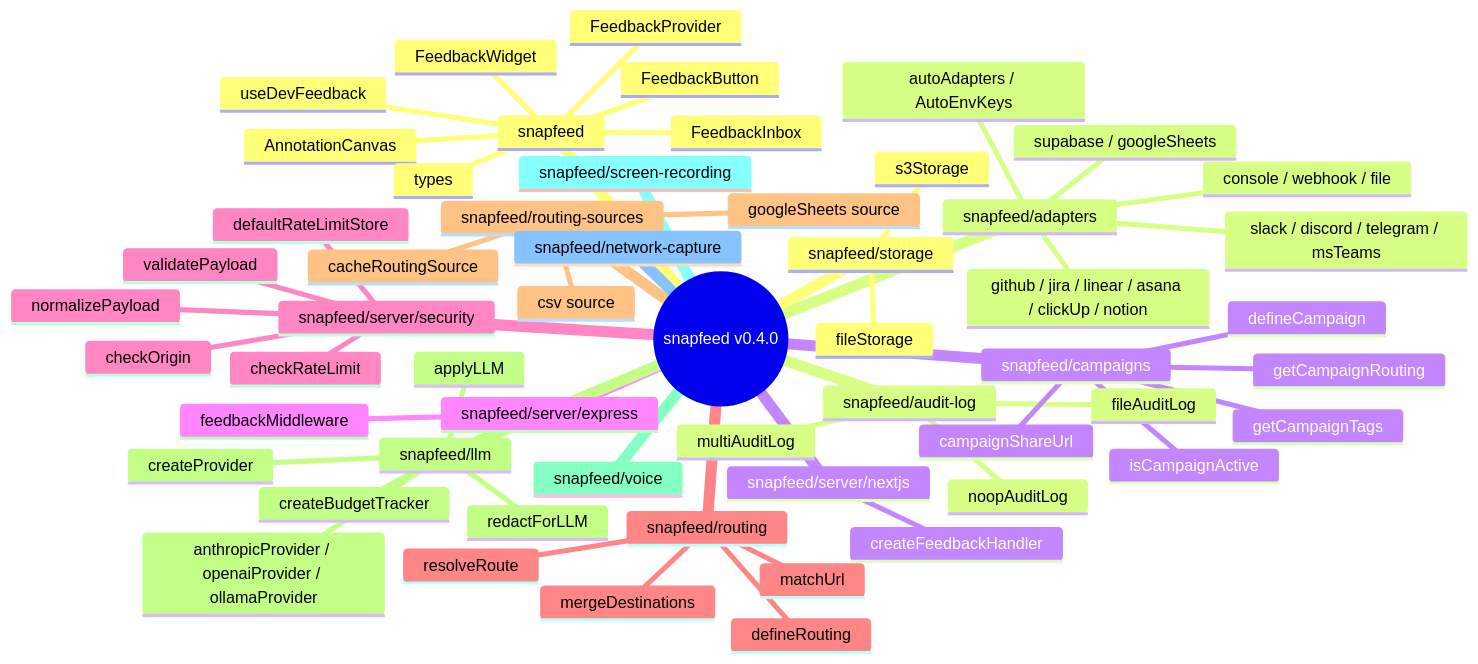
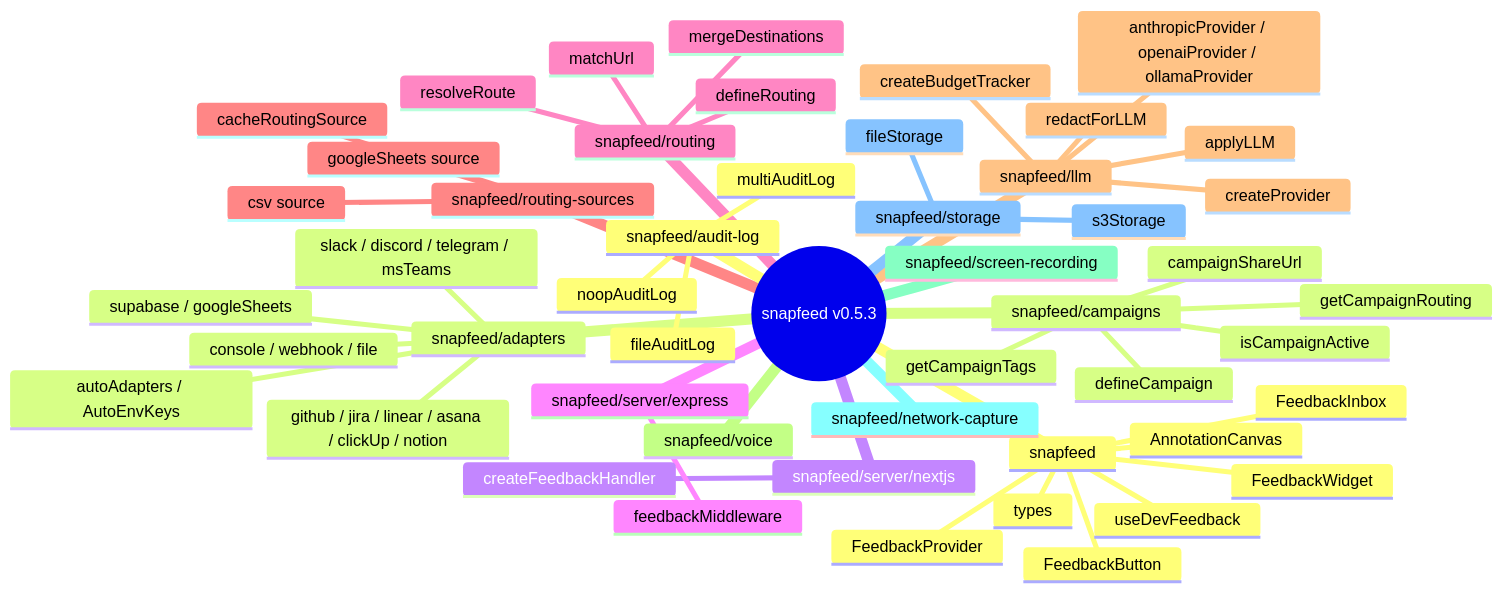
Before and after one commit to shimoverse/snapfeed: diagram 16 of 20 in docs/ARCHITECTURE.md, drawn with Mermaid. The commit also changed other lines of this file and 44 other files, not shown here.

````diff
--- a/docs/ARCHITECTURE.md
+++ b/docs/ARCHITECTURE.md
@@ -913,59 +913,53 @@
 ```mermaid
 mindmap
-  root((snapfeed v0.4.0))
+  root((snapfeed v0.5.3))
     snapfeed
       FeedbackProvider
       FeedbackWidget
       FeedbackButton
       FeedbackInbox
       AnnotationCanvas
       useDevFeedback
       types
     snapfeed/adapters
       console / webhook / file
       slack / discord / telegram / msTeams
       github / jira / linear / asana / clickUp / notion
       supabase / googleSheets
       autoAdapters / AutoEnvKeys
     snapfeed/server/nextjs
       createFeedbackHandler
     snapfeed/server/express
       feedbackMiddleware
-    snapfeed/server/security
-      validatePayload
-      checkOrigin
-      checkRateLimit
-      defaultRateLimitStore
-      normalizePayload
     snapfeed/routing
       defineRouting
       resolveRoute
       matchUrl
       mergeDestinations
     snapfeed/routing-sources
       cacheRoutingSource
       csv source
       googleSheets source
     snapfeed/llm
       applyLLM
       createProvider
       anthropicProvider / openaiProvider / ollamaProvider
       createBudgetTracker
       redactForLLM
     snapfeed/voice
     snapfeed/screen-recording
     snapfeed/network-capture
     snapfeed/storage
       fileStorage
       s3Storage
     snapfeed/audit-log
       fileAuditLog
       noopAuditLog
       multiAuditLog
     snapfeed/campaigns
       defineCampaign
       isCampaignActive
       getCampaignTags
       getCampaignRouting
       campaignShareUrl
 ```
````
